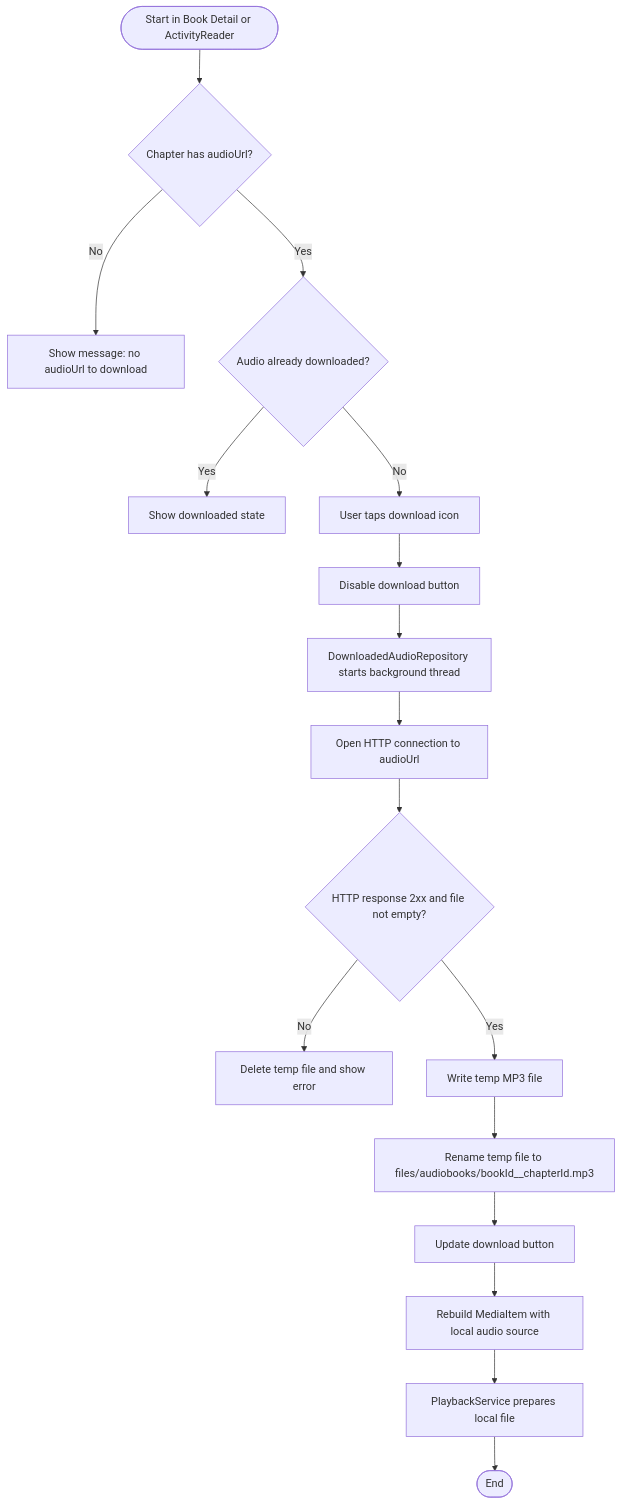
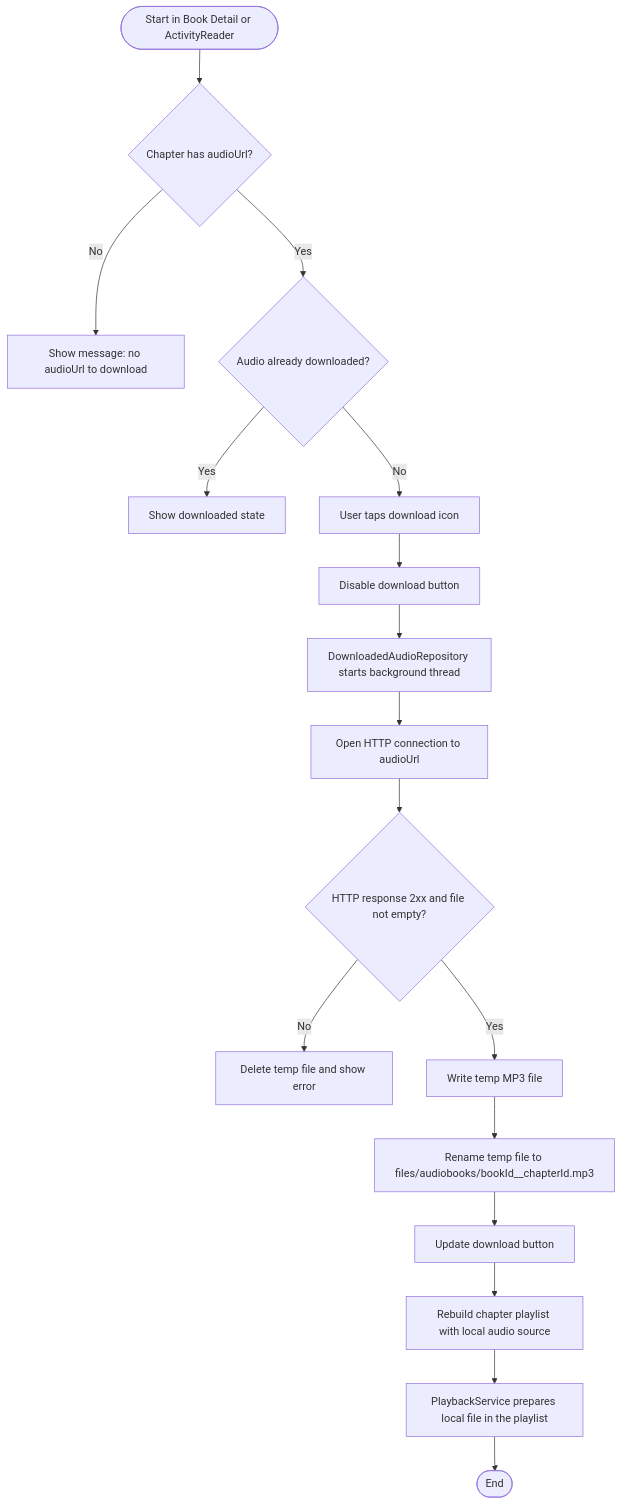
One commit to LeeVuKhang/Fonos_Group13 changed the fifth of 11 diagrams in README.md. Above: the diagram before and after it, drawn with Mermaid. The commit also changed other lines of this file, not shown here.

Commit message:
docs(readme): document chapter playback flows

````diff
--- a/README.md
+++ b/README.md
@@ -466,19 +484,19 @@
 ```mermaid
 flowchart TD
     A([Start in Book Detail or ActivityReader]) --> B{Chapter has audioUrl?}
     B -- No --> C[Show message: no audioUrl to download]
     B -- Yes --> D{Audio already downloaded?}
     D -- Yes --> E[Show downloaded state]
     D -- No --> F[User taps download icon]
     F --> G[Disable download button]
     G --> H[DownloadedAudioRepository starts background thread]
     H --> I[Open HTTP connection to audioUrl]
     I --> J{HTTP response 2xx and file not empty?}
     J -- No --> K[Delete temp file and show error]
     J -- Yes --> L[Write temp MP3 file]
     L --> M[Rename temp file to files/audiobooks/bookId__chapterId.mp3]
     M --> N[Update download button]
-    N --> O[Rebuild MediaItem with local audio source]
-    O --> P[PlaybackService prepares local file]
+    N --> O[Rebuild chapter playlist with local audio source]
+    O --> P[PlaybackService prepares local file in the playlist]
     P --> Q([End])
 ```
````
